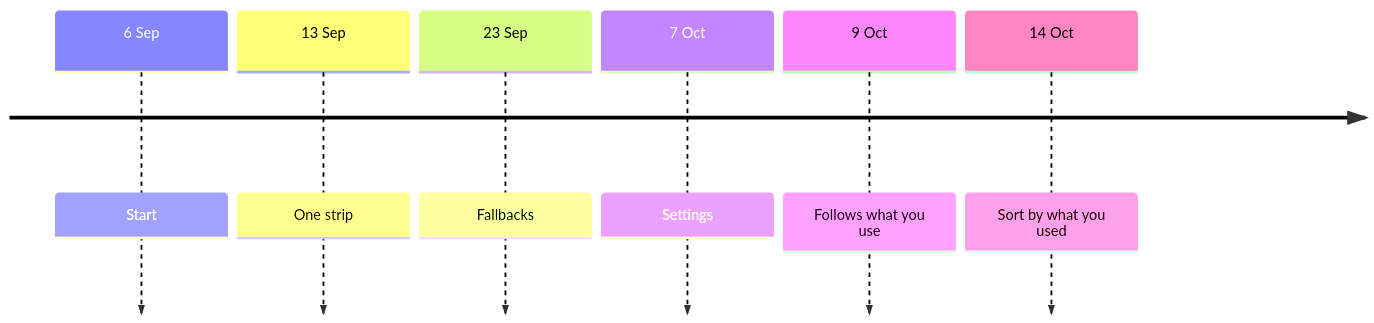
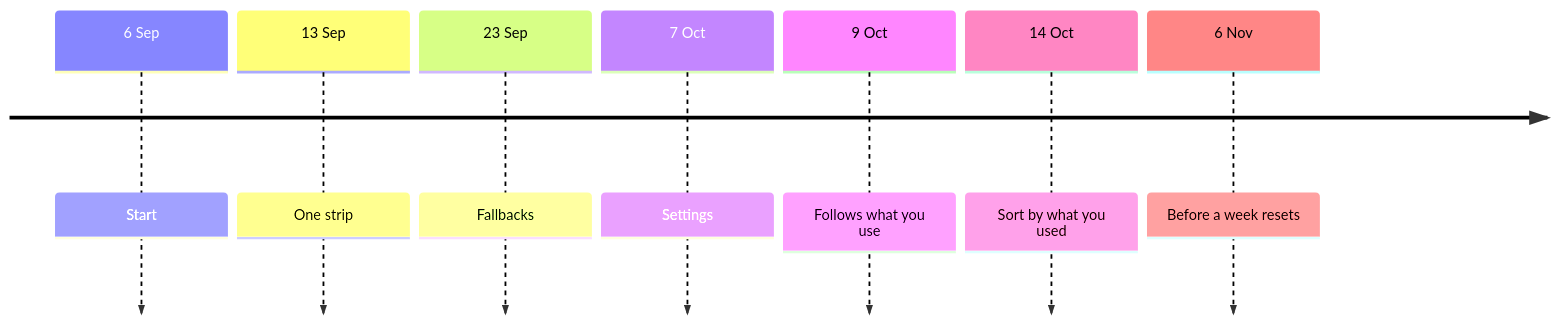
Before and after one commit to jashjacob/TokenBar: the diagram in README.md, drawn with Mermaid.

Commit message:
Mark 6 Nov, when a week left unused gets a warning.

````diff
--- a/README.md
+++ b/README.md
@@ -68,9 +68,10 @@
 ```mermaid
 timeline
     6 Sep : Start
     13 Sep : One strip
     23 Sep : Fallbacks
     7 Oct : Settings
     9 Oct : Follows what you use
     14 Oct : Sort by what you used
+    6 Nov : Before a week resets
 ```
````
